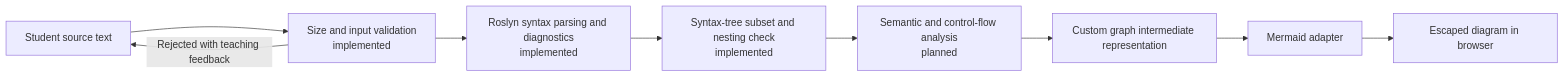
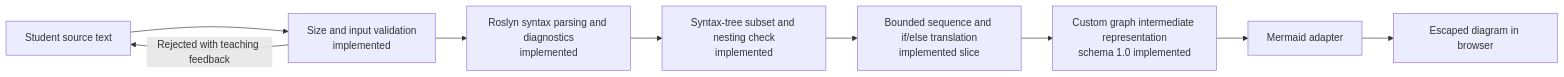
The third of 4 diagrams in docs/ARCHITECTURE.md (DarryllPj77/CodeLogic), drawn with Mermaid before and after one commit. The commit also changed other lines of this file and 9 other files, not shown here.

Commit message:
feat: add deterministic flowchart graph IR

````diff
--- a/docs/ARCHITECTURE.md
+++ b/docs/ARCHITECTURE.md
@@ -138,14 +138,14 @@
 ```mermaid
 flowchart LR
     Input[Student source text]
     Gate[Size and input validation<br/>implemented]
     Parse[Roslyn syntax parsing and diagnostics<br/>implemented]
     Subset[Syntax-tree subset and nesting check<br/>implemented]
-    Analyze[Semantic and control-flow analysis<br/>planned]
-    IR[Custom graph intermediate representation]
+    Analyze[Bounded sequence and if/else translation<br/>implemented slice]
+    IR[Custom graph intermediate representation<br/>schema 1.0 implemented]
     Render[Mermaid adapter]
     Browser[Escaped diagram in browser]
 
     Input --> Gate --> Parse --> Subset --> Analyze --> IR --> Render --> Browser
     Gate -->|Rejected with teaching feedback| Input
 ```
````
